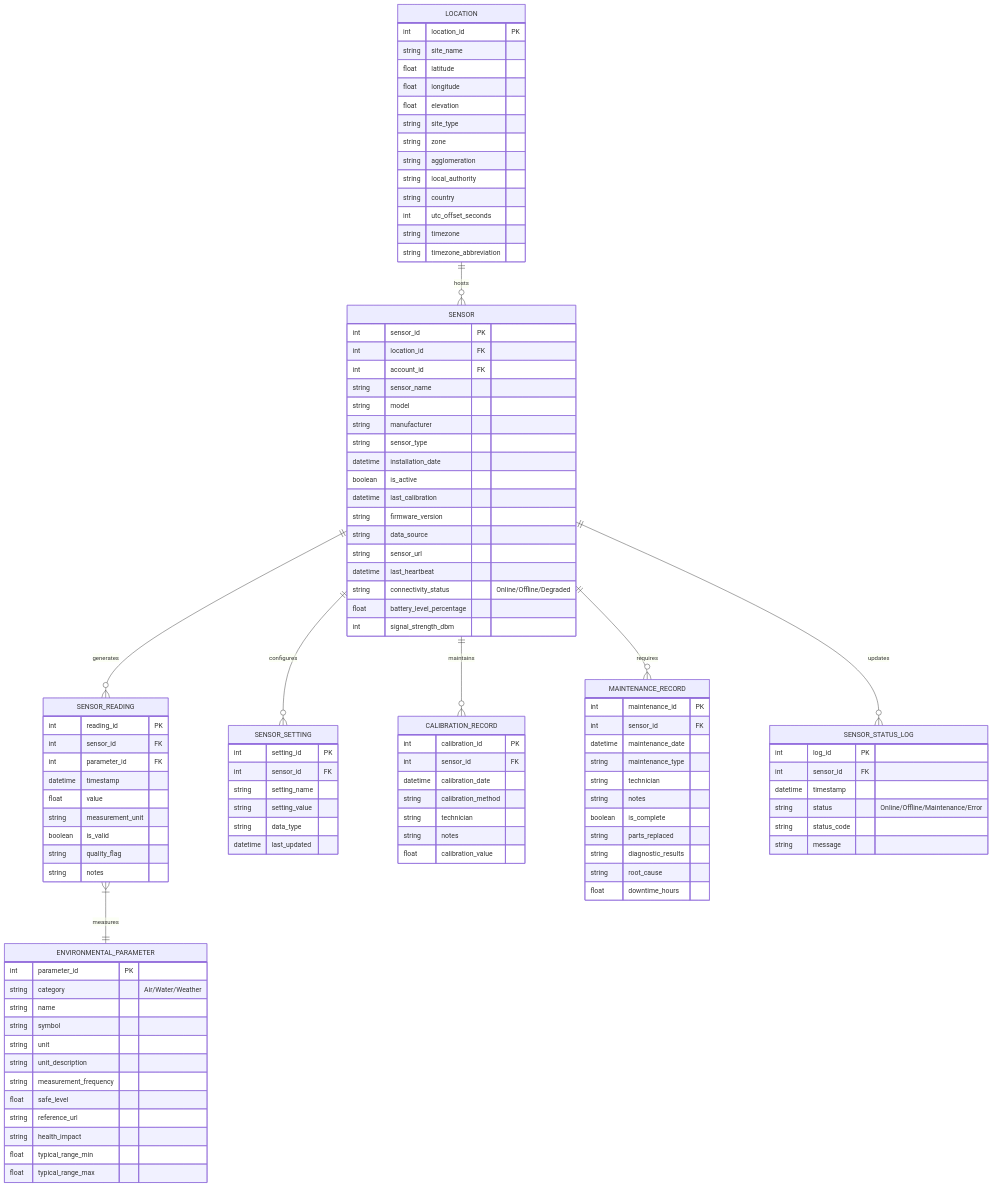
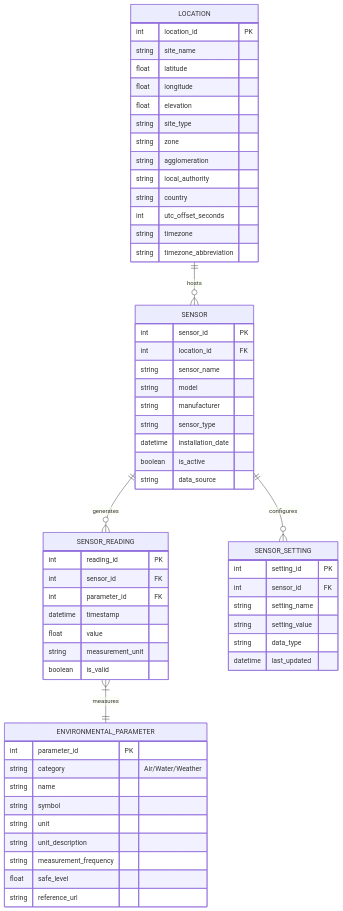
One commit to 40626785/Environment-Manager changed the diagram in sensorERD.md. Above: the diagram before and after it, drawn with Mermaid. The commit also changed 19 other files, not shown here.

````diff
--- a/sensorERD.md
+++ b/sensorERD.md
@@ -3,9 +3,6 @@
     SENSOR ||--o{ SENSOR_READING : generates
     SENSOR_READING }|--|| ENVIRONMENTAL_PARAMETER : measures
     SENSOR ||--o{ SENSOR_SETTING : configures
-    SENSOR ||--o{ CALIBRATION_RECORD : maintains
-    SENSOR ||--o{ MAINTENANCE_RECORD : requires
-    SENSOR ||--o{ SENSOR_STATUS_LOG : updates
     LOCATION ||--o{ SENSOR : hosts
     
     LOCATION {
@@ -27,21 +24,13 @@
     SENSOR {
         int sensor_id PK
         int location_id FK
-        int account_id FK
         string sensor_name
         string model
         string manufacturer
         string sensor_type
         datetime installation_date
         boolean is_active
-        datetime last_calibration
-        string firmware_version
         string data_source
-        string sensor_url
-        datetime last_heartbeat
-        string connectivity_status "Online/Offline/Degraded"
-        float battery_level_percentage
-        int signal_strength_dbm
     }
     
     SENSOR_READING {
@@ -52,8 +41,6 @@
         float value
         string measurement_unit
         boolean is_valid
-        string quality_flag
-        string notes
     }
     
     ENVIRONMENTAL_PARAMETER {
@@ -66,9 +53,6 @@
         string measurement_frequency
         float safe_level
         string reference_url
-        string health_impact
-        float typical_range_min
-        float typical_range_max
     }
     
     SENSOR_SETTING {
@@ -79,37 +63,4 @@
         string data_type
         datetime last_updated
     }
-    
-    CALIBRATION_RECORD {
-        int calibration_id PK
-        int sensor_id FK
-        datetime calibration_date
-        string calibration_method
-        string technician
-        string notes
-        float calibration_value
-    }
-    
-    MAINTENANCE_RECORD {
-        int maintenance_id PK
-        int sensor_id FK
-        datetime maintenance_date
-        string maintenance_type
-        string technician
-        string notes
-        boolean is_complete
-        string parts_replaced
-        string diagnostic_results
-        string root_cause
-        float downtime_hours
-    }
-    
-    SENSOR_STATUS_LOG {
-        int log_id PK
-        int sensor_id FK
-        datetime timestamp
-        string status "Online/Offline/Maintenance/Error"
-        string status_code
-        string message
-    }
 ```
````
